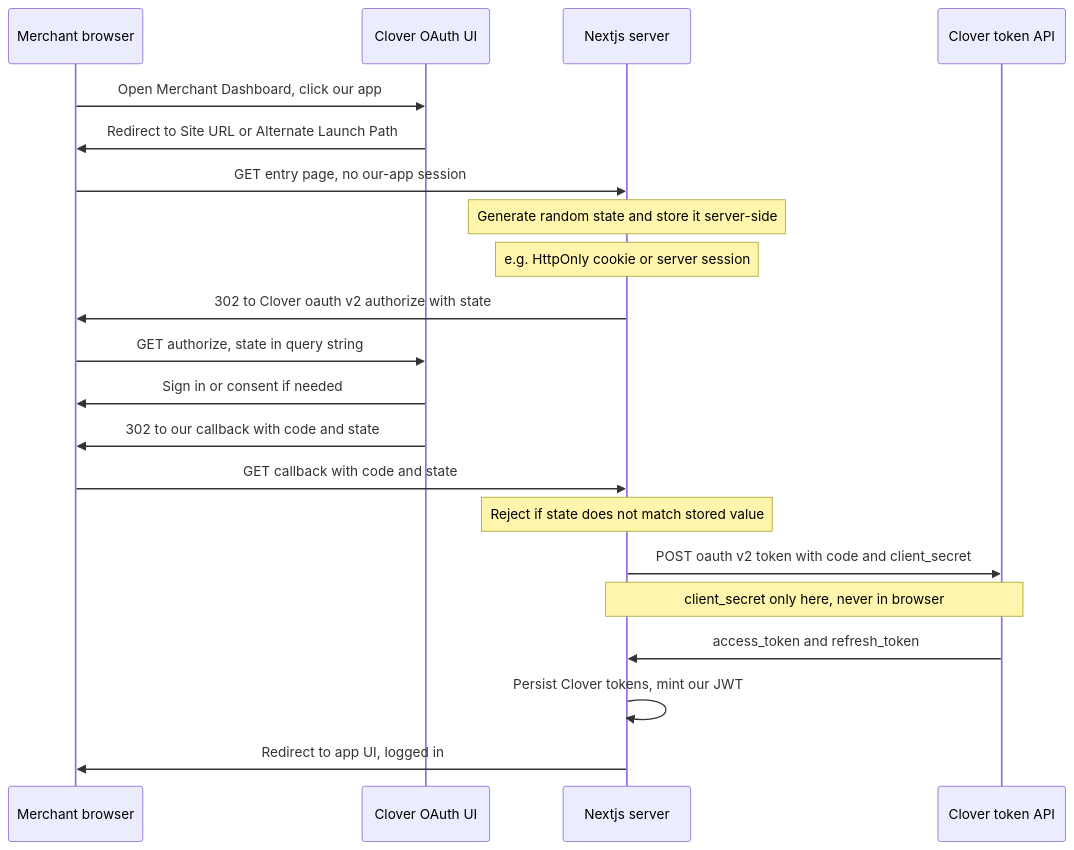
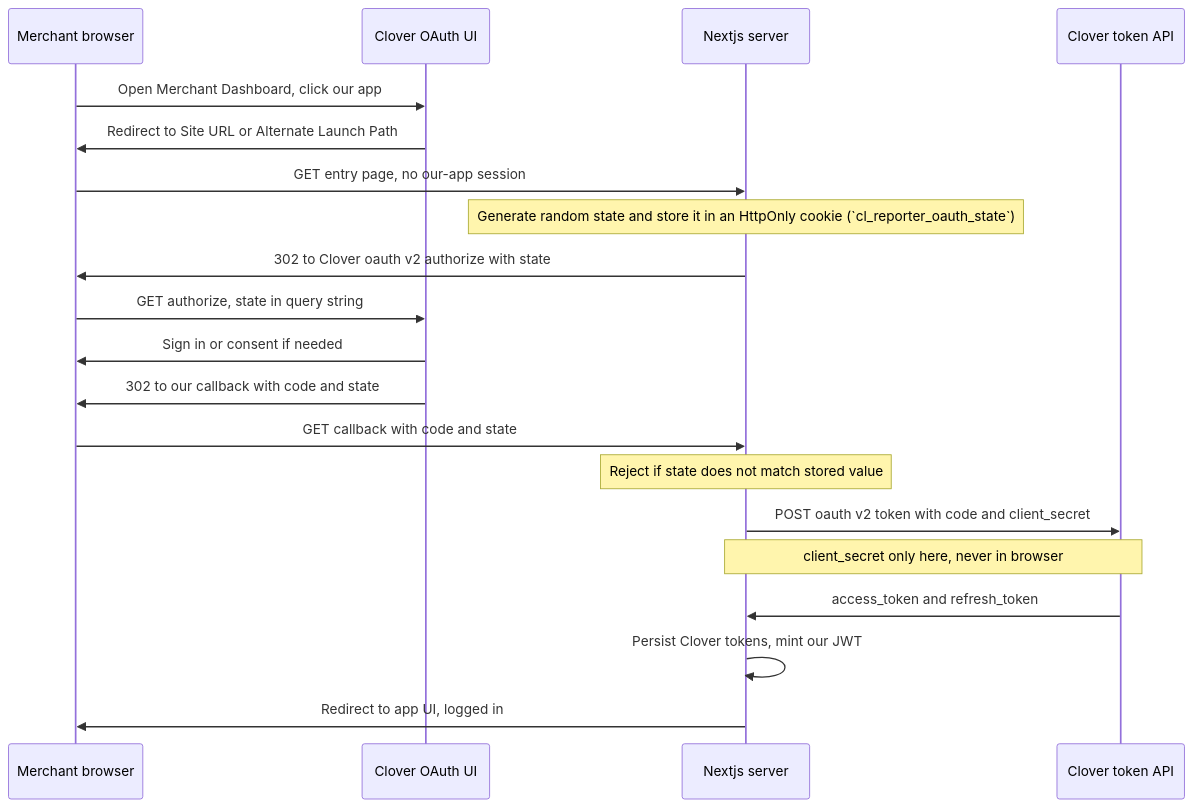
Before and after one commit to 1ntellijosh/cl-reporter: the diagram in docs/authorization-flow.md, drawn with Mermaid. The commit also changed other lines of this file and 16 other files, not shown here.

Commit message:
- chore: updated authorization-flow and AGENTS docs to reflect final    oauth  - chore: small code cleanups for clarity and structure  - chore; sales report research docs started

````diff
--- a/docs/authorization-flow.md
+++ b/docs/authorization-flow.md
@@ -46,24 +48,23 @@
 ```mermaid
 sequenceDiagram
     participant B as Merchant browser
     participant CloverUI as Clover OAuth UI
     participant S as Nextjs server
     participant T as Clover token API
 
     B->>CloverUI: Open Merchant Dashboard, click our app
     CloverUI->>B: Redirect to Site URL or Alternate Launch Path
     B->>S: GET entry page, no our-app session
-    Note over S: Generate random state and store it server-side
-    Note over S: e.g. HttpOnly cookie or server session
+    Note over S: Generate random state and store it in an HttpOnly cookie (`cl_reporter_oauth_state`)
     S->>B: 302 to Clover oauth v2 authorize with state
     B->>CloverUI: GET authorize, state in query string
     CloverUI->>B: Sign in or consent if needed
     CloverUI->>B: 302 to our callback with code and state
     B->>S: GET callback with code and state
     Note over S: Reject if state does not match stored value
     S->>T: POST oauth v2 token with code and client_secret
     Note over S,T: client_secret only here, never in browser
     T->>S: access_token and refresh_token
     S->>S: Persist Clover tokens, mint our JWT
     S->>B: Redirect to app UI, logged in
 ```
````
